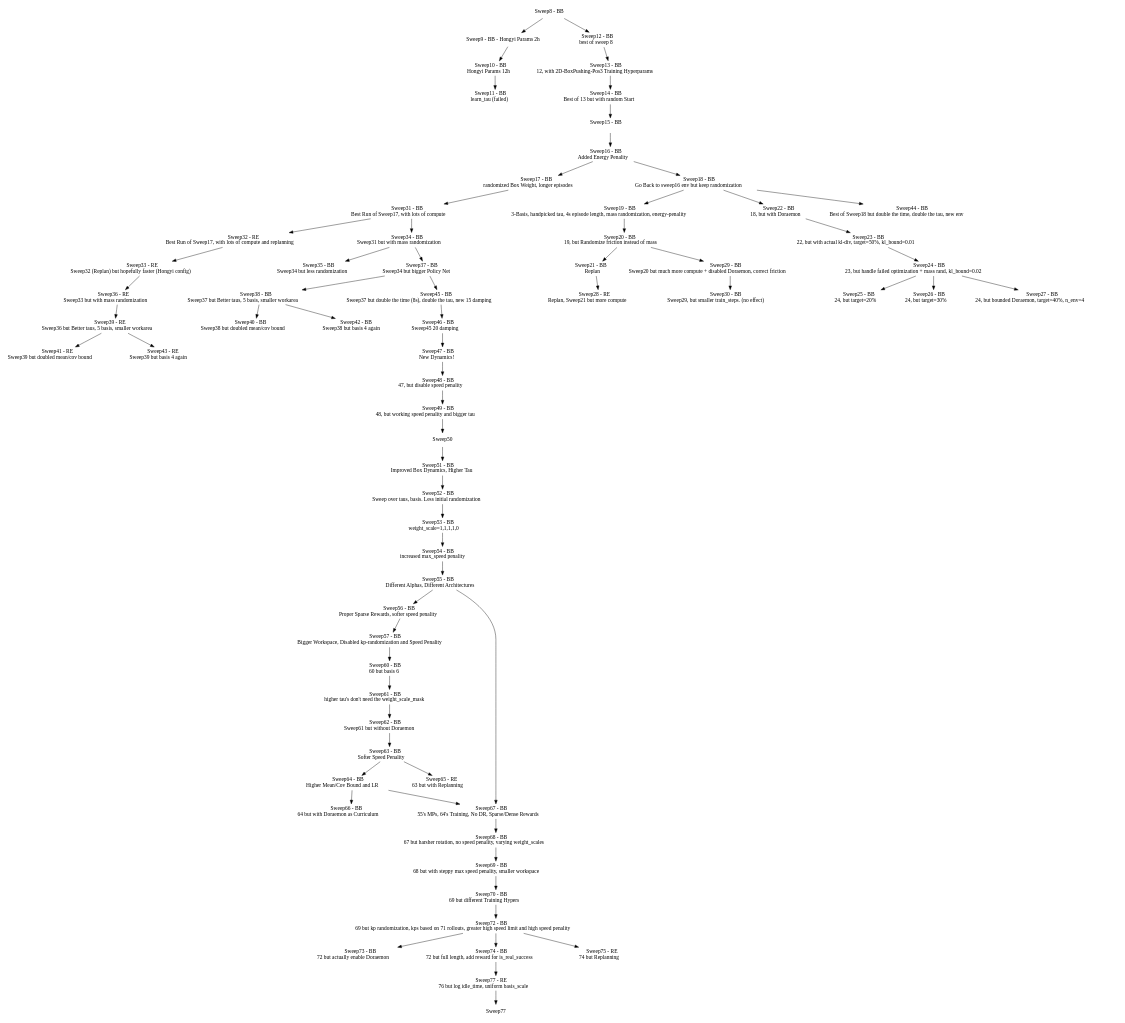
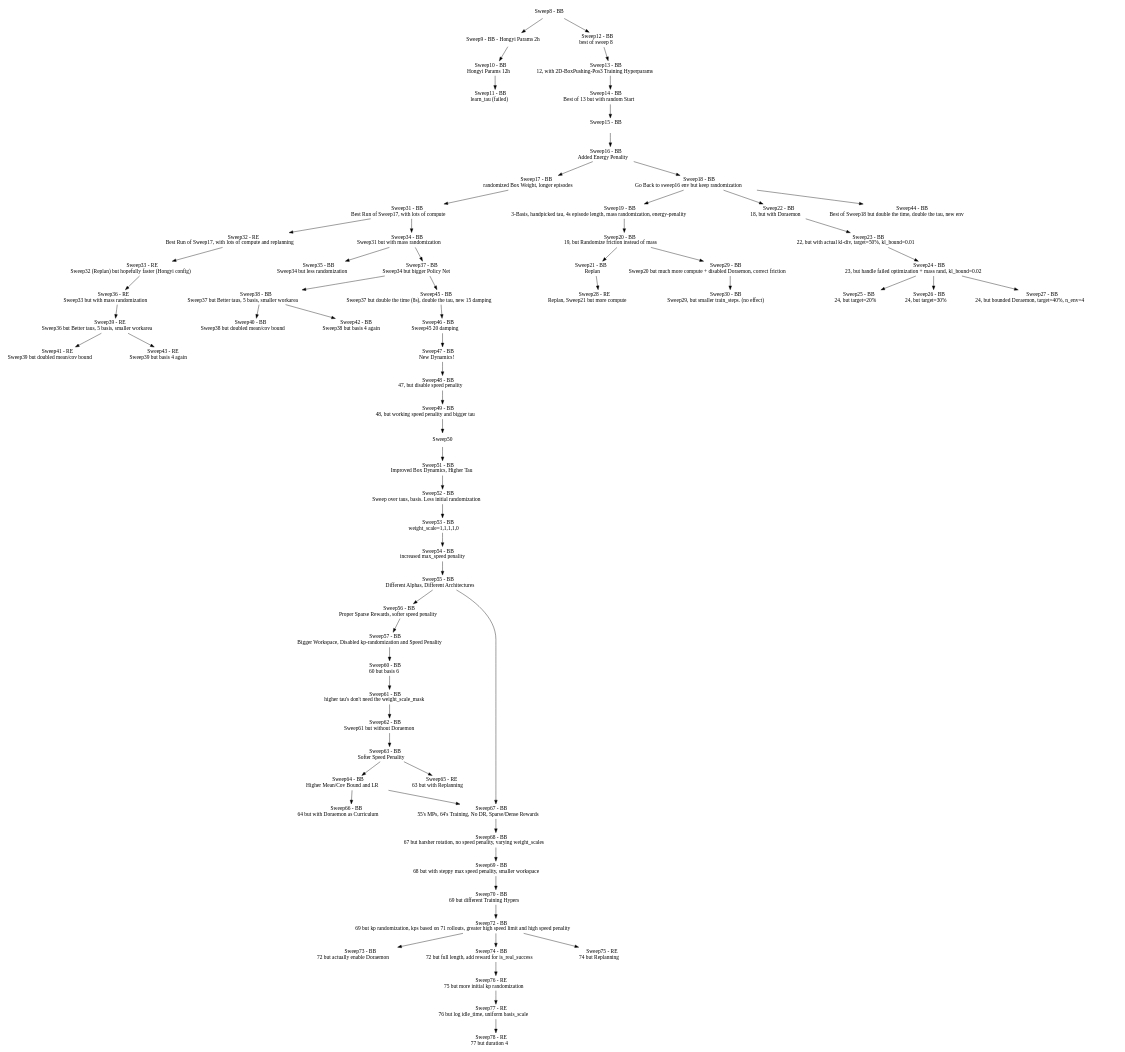
One commit to maxmunzel/fancy_gym changed the diagram in sweeps.dot. Above: the diagram before and after it, drawn with Graphviz. The commit also changed 2 other files, not shown here.

Commit message:
Sweep78 - 77 but duration 4

```diff
--- a/sweeps.dot
+++ b/sweeps.dot
@@ -1,139 +1,141 @@
 digraph Sweeps {
     // Nodes
     node [shape=plaintext]
     "Sweep8"  [label=<Sweep8 - BB>];
     "Sweep9"  [label=<Sweep9 - BB - Hongyi Params 2h>];
     "Sweep10" [label=<Sweep10 - BB <BR/> Hongyi Params 12h>];
     "Sweep11" [label=<Sweep11 - BB <BR/> learn_tau (failed)>];
     "Sweep12" [label=<Sweep12 - BB <BR/> best of sweep 8>];
     "Sweep13" [label=<Sweep13 - BB <BR/> 12, with 2D-BoxPushing-Pos3 Training Hyperparams>];
     "Sweep14" [label=<Sweep14 - BB <BR/> Best of 13 but with random Start>];
     "Sweep15" [label=<Sweep15 - BB <BR/> >];
     "Sweep16" [label=<Sweep16 - BB <BR/> Added Energy Penality>];
     "Sweep17" [label=<Sweep17 - BB <BR/> randomized Box Weight, longer episodes>];
     "Sweep18" [label=<Sweep18 - BB <BR/> Go Back to sweep16 env but keep randomization>];
     "Sweep19" [label=<Sweep19 - BB <BR/> 3-Basis, handpicked tau, 4s episode length, mass randomization, energy-penality>];
     "Sweep20" [label=<Sweep20 - BB <BR/> 19, but Randomize friction instead of mass>];
     "Sweep21" [label=<Sweep21 - BB <BR/> Replan>];
     "Sweep22" [label=<Sweep22 - BB <BR/> 18, but with Doraemon>];
     "Sweep23" [label=<Sweep23 - BB <BR/> 22, but with actual kl-div, target=50%, kl_bound=0.01>];
     "Sweep24" [label=<Sweep24 - BB <BR/> 23, but handle failed optimization + mass rand, kl_bound=0.02>];
     "Sweep25" [label=<Sweep25 - BB <BR/> 24, but target=20%>];
     "Sweep26" [label=<Sweep26 - BB <BR/> 24, but target=30%>];
     "Sweep27" [label=<Sweep27 - BB <BR/> 24, but bounded Doraemon, target=40%, n_env=4>];
     "Sweep28" [label=<Sweep28 - RE <BR/> Replan, Sweep21 but more compute>];
     "Sweep29" [label=<Sweep29 - BB <BR/> Sweep20 but much more compute + disabled Doraemon, correct friction>];
     "Sweep30" [label=<Sweep30 - BB <BR/> Sweep29, but smaller train_steps. (no effect)>];
     "Sweep31" [label=<Sweep31 - BB <BR/> Best Run of Sweep17, with lots of compute>];
     "Sweep32" [label=<Sweep32 - RE <BR/> Best Run of Sweep17, with lots of compute and replanning>];
     "Sweep33" [label=<Sweep33 - RE <BR/> Sweep32 (Replan) but hopefully faster (Hongyi config)>];
     "Sweep34" [label=<Sweep34 - BB <BR/> Sweep31 but with mass randomization>];
     "Sweep35" [label=<Sweep35 - BB <BR/> Sweep34 but less randomization>];
     "Sweep36" [label=<Sweep36 - RE <BR/> Sweep33 but with mass randomization>];
     "Sweep37" [label=<Sweep37 - BB <BR/> Sweep34 but bigger Policy Net>];
     "Sweep38" [label=<Sweep38 - BB <BR/> Sweep37 but Better taus, 5 basis, smaller workarea>];
     "Sweep39" [label=<Sweep39 - RE <BR/> Sweep36 but Better taus, 5 basis, smaller workarea>];
     "Sweep40" [label=<Sweep40 - BB <BR/> Sweep38 but doubled mean/cov bound>];
     "Sweep41" [label=<Sweep41 - RE <BR/> Sweep39 but doubled mean/cov bound>];
     "Sweep42" [label=<Sweep42 - BB <BR/> Sweep38 but basis 4 again>];
     "Sweep43" [label=<Sweep43 - RE <BR/> Sweep39 but basis 4 again>];
     "Sweep44" [label=<Sweep44 - BB <BR/> Best of Sweep18 but double the time, double the tau, new env>];
     "Sweep45" [label=<Sweep45 - BB <BR/> Sweep37 but double the time (8s), double the tau, new 15 damping>];
     "Sweep46" [label=<Sweep46 - BB <BR/> Sweep45 20 damping>];
     "Sweep47" [label=<Sweep47 - BB <BR/> New Dynamics! >];
     "Sweep48" [label=<Sweep48 - BB <BR/> 47, but disable speed penality  >];
     "Sweep49" [label=<Sweep49 - BB <BR/> 48, but working speed penality and bigger tau  >];
     "Sweep51" [label=<Sweep51 - BB <BR/> Improved Box Dynamics, Higher Tau>];
     "Sweep52" [label=<Sweep52 - BB <BR/> Sweep over taus, basis. Less initial randomization>];
     "Sweep53" [label=<Sweep53 - BB <BR/> weight_scale=1,1,1,1,0 >];
     "Sweep54" [label=<Sweep54 - BB <BR/> increased max_speed penality>];
     "Sweep55" [label=<Sweep55 - BB <BR/> Different Alphas, Different Architectures>];
     "Sweep56" [label=<Sweep56 - BB <BR/> Proper Sparse Rewards, softer speed penality>];
     "Sweep57" [label=<Sweep57 - BB <BR/> Bigger Workspace, Disabled kp-randomization and Speed Penality>];
     "Sweep60" [label=<Sweep60 - BB <BR/> 60 but basis 6>];
     "Sweep61" [label=<Sweep61 - BB <BR/> higher tau's don't need the weight_scale_mask>];
     "Sweep62" [label=<Sweep62 - BB <BR/> Sweep61 but without Doraemon>];
     "Sweep63" [label=<Sweep63 - BB <BR/> Softer Speed Penality >];
     "Sweep64" [label=<Sweep64 - BB <BR/> Higher Mean/Cov Bound and LR >];
     "Sweep65" [label=<Sweep65 - RE <BR/> 63 but with Replanning >];
     "Sweep66" [label=<Sweep66 - BB <BR/> 64 but with Doraemon as Curriculum >];
     "Sweep67" [label=<Sweep67 - BB <BR/> 55's MPs, 64's Training, No DR, Sparse/Dense Rewards >];
     "Sweep68" [label=<Sweep68 - BB <BR/> 67 but harsher rotation, no speed penality, varying weight_scales >];
     "Sweep69" [label=<Sweep69 - BB <BR/> 68 but with steppy max speed penality, smaller workspace >];
     "Sweep70" [label=<Sweep70 - BB <BR/> 69 but different Training Hypers >];
     "Sweep72" [label=<Sweep72 - BB <BR/> 69 but kp randomization, kps based on 71 rollouts, greater high speed limit and high speed penality >];
     "Sweep73" [label=<Sweep73 - BB <BR/> 72 but actually enable Doraemon >];
     "Sweep74" [label=<Sweep74 - BB <BR/> 72 but full length, add reward for is_real_success >];
     "Sweep75" [label=<Sweep75 - RE <BR/> 74 but Replanning >];
     "Sweep76" [label=<Sweep76 - RE <BR/> 75 but more initial kp randomization>];
-    "Sweep76" [label=<Sweep77 - RE <BR/> 76 but log idle_time, uniform basis_scale>];
+    "Sweep77" [label=<Sweep77 - RE <BR/> 76 but log idle_time, uniform basis_scale>];
+    "Sweep78" [label=<Sweep78 - RE <BR/> 77 but duration 4>];
 
     // Edges
     "Sweep8" -> "Sweep9"
     "Sweep9" -> "Sweep10"
     "Sweep10" -> "Sweep11"
     "Sweep8" -> "Sweep12"
     "Sweep12" -> "Sweep13"
     "Sweep13" -> "Sweep14"
     "Sweep16" -> "Sweep18"
     "Sweep18" -> "Sweep19"
     "Sweep19" -> "Sweep20"
     "Sweep21" -> "Sweep28"
     "Sweep20" -> "Sweep29"
     "Sweep29" -> "Sweep30"
     "Sweep17" -> "Sweep31"
     "Sweep31" -> "Sweep32"
     "Sweep32" -> "Sweep33"
     "Sweep31" -> "Sweep34"
     "Sweep34" -> "Sweep35"
     "Sweep33" -> "Sweep36"
     "Sweep34" -> "Sweep37"
     "Sweep37" -> "Sweep38"
     "Sweep36" -> "Sweep39"
     "Sweep38" -> "Sweep40"
     "Sweep39" -> "Sweep41"
     "Sweep38" -> "Sweep42"
     "Sweep39" -> "Sweep43"
     "Sweep18" -> "Sweep22"
     "Sweep22" -> "Sweep23"
     "Sweep23" -> "Sweep24"
     "Sweep24" -> "Sweep25"
     "Sweep24" -> "Sweep26"
     "Sweep24" -> "Sweep27"
     "Sweep18" -> "Sweep44"
     "Sweep14" -> "Sweep15"
     "Sweep15" -> "Sweep16"
     "Sweep16" -> "Sweep17"
     "Sweep20" -> "Sweep21"
     "Sweep37" -> "Sweep45"
     "Sweep45" -> "Sweep46"
     "Sweep46" -> "Sweep47"
     "Sweep47" -> "Sweep48"
     "Sweep48" -> "Sweep49"
     "Sweep49" -> "Sweep50"
     "Sweep50" -> "Sweep51"
     "Sweep51" -> "Sweep52"
     "Sweep52" -> "Sweep53"
     "Sweep53" -> "Sweep54"
     "Sweep54" -> "Sweep55"
     "Sweep55" -> "Sweep56"
     "Sweep56" -> "Sweep57"
     "Sweep57" -> "Sweep60"
     "Sweep60" -> "Sweep61"
     "Sweep61" -> "Sweep62"
     "Sweep62" -> "Sweep63"
     "Sweep63" -> "Sweep64"
     "Sweep63" -> "Sweep65"
     "Sweep64" -> "Sweep66"
     "Sweep55" -> "Sweep67"
     "Sweep64" -> "Sweep67"
     "Sweep67" -> "Sweep68"
     "Sweep68" -> "Sweep69"
     "Sweep69" -> "Sweep70"
     "Sweep70" -> "Sweep72"
     "Sweep72" -> "Sweep73"
     "Sweep72" -> "Sweep74"
     "Sweep72" -> "Sweep75"
     "Sweep74" -> "Sweep76"
     "Sweep76" -> "Sweep77"
+    "Sweep77" -> "Sweep78"
 }
```
